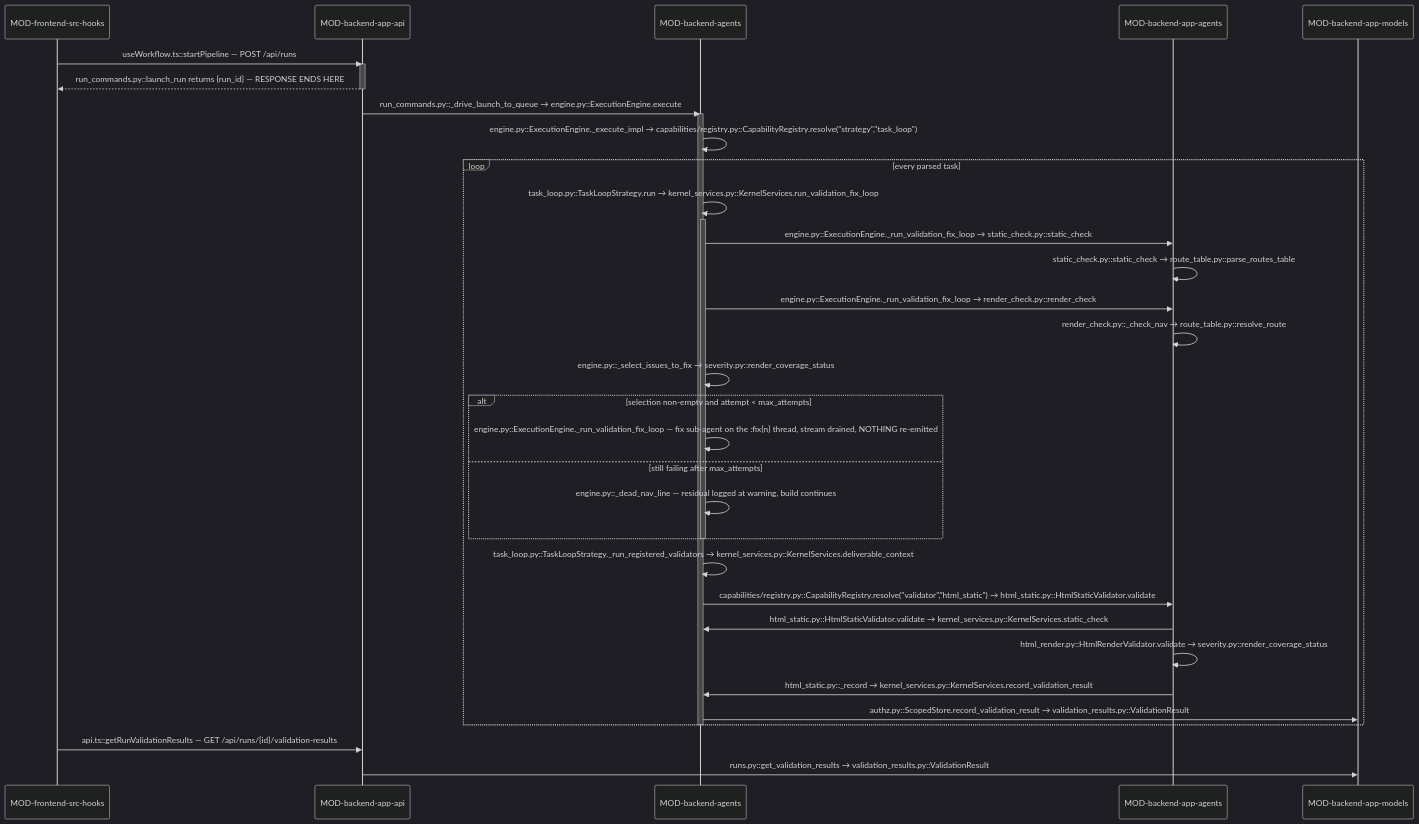
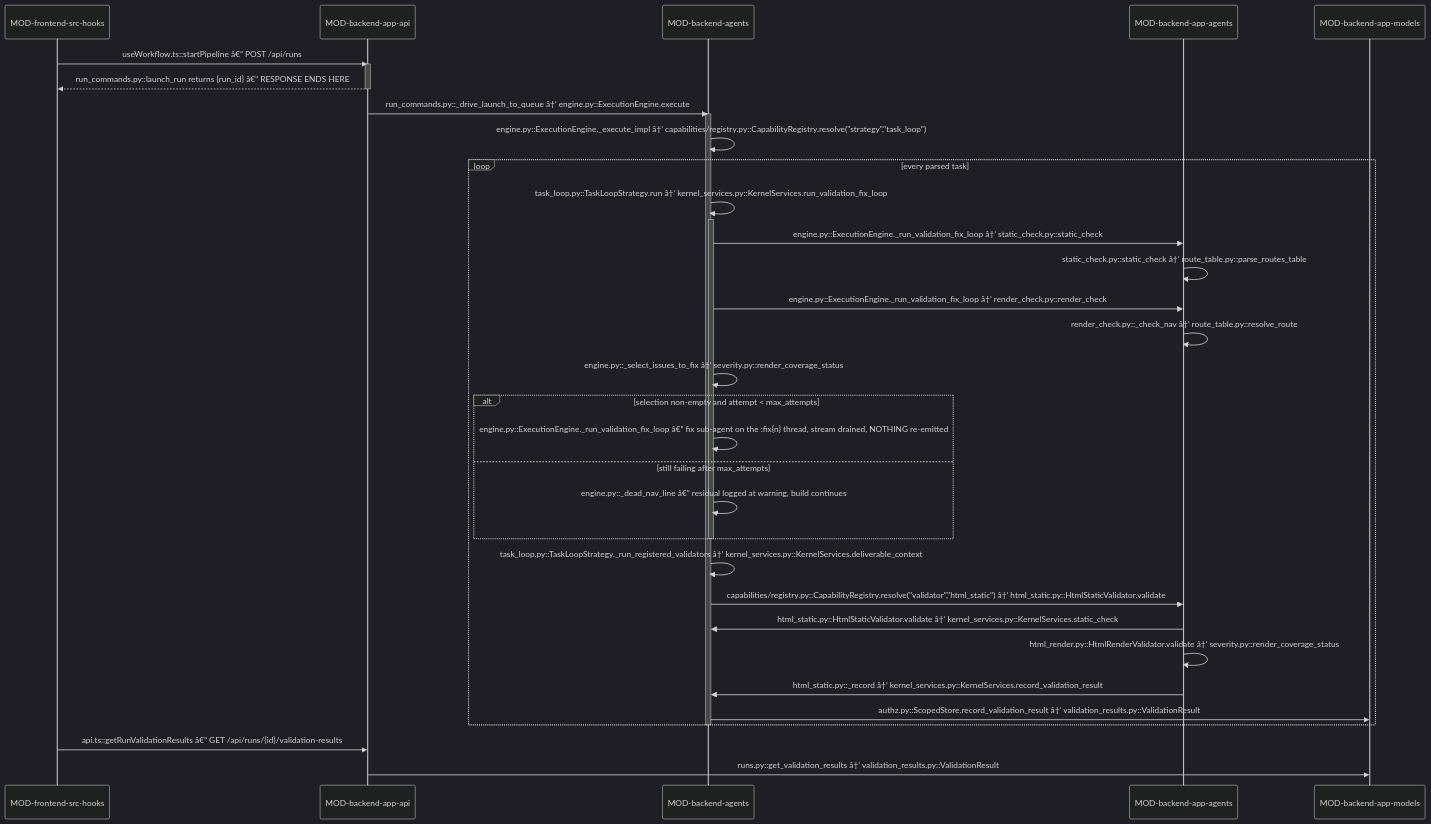
The second of 2 diagrams in .knowledge/architecture/DOMAIN-validation-and-quality.md (prateek-sinha7/IdeaFlowAI), drawn with Mermaid (dark theme) before and after one commit. The commit also changed other lines of this file and 791 other files, not shown here.

````diff
--- a/.knowledge/architecture/DOMAIN-validation-and-quality.md
+++ b/.knowledge/architecture/DOMAIN-validation-and-quality.md
@@ -201,42 +201,42 @@
 ```mermaid
 sequenceDiagram
     participant MOD-frontend-src-hooks
     participant MOD-backend-app-api
     participant MOD-backend-agents
     participant MOD-backend-app-agents
     participant MOD-backend-app-models
 
-    MOD-frontend-src-hooks->>MOD-backend-app-api: useWorkflow.ts::startPipeline — POST /api/runs
+    MOD-frontend-src-hooks->>MOD-backend-app-api: useWorkflow.ts::startPipeline â€” POST /api/runs
     activate MOD-backend-app-api
-    MOD-backend-app-api-->>MOD-frontend-src-hooks: run_commands.py::launch_run returns {run_id} — RESPONSE ENDS HERE
+    MOD-backend-app-api-->>MOD-frontend-src-hooks: run_commands.py::launch_run returns {run_id} â€” RESPONSE ENDS HERE
     deactivate MOD-backend-app-api
 
-    MOD-backend-app-api->>MOD-backend-agents: run_commands.py::_drive_launch_to_queue → engine.py::ExecutionEngine.execute
+    MOD-backend-app-api->>MOD-backend-agents: run_commands.py::_drive_launch_to_queue â†’ engine.py::ExecutionEngine.execute
     activate MOD-backend-agents
-    MOD-backend-agents->>MOD-backend-agents: engine.py::ExecutionEngine._execute_impl → capabilities/registry.py::CapabilityRegistry.resolve("strategy","task_loop")
+    MOD-backend-agents->>MOD-backend-agents: engine.py::ExecutionEngine._execute_impl â†’ capabilities/registry.py::CapabilityRegistry.resolve("strategy","task_loop")
     loop every parsed task
-        MOD-backend-agents->>MOD-backend-agents: task_loop.py::TaskLoopStrategy.run → kernel_services.py::KernelServices.run_validation_fix_loop
+        MOD-backend-agents->>MOD-backend-agents: task_loop.py::TaskLoopStrategy.run â†’ kernel_services.py::KernelServices.run_validation_fix_loop
         activate MOD-backend-agents
-        MOD-backend-agents->>MOD-backend-app-agents: engine.py::ExecutionEngine._run_validation_fix_loop → static_check.py::static_check
-        MOD-backend-app-agents->>MOD-backend-app-agents: static_check.py::static_check → route_table.py::parse_routes_table
-        MOD-backend-agents->>MOD-backend-app-agents: engine.py::ExecutionEngine._run_validation_fix_loop → render_check.py::render_check
-        MOD-backend-app-agents->>MOD-backend-app-agents: render_check.py::_check_nav → route_table.py::resolve_route
-        MOD-backend-agents->>MOD-backend-agents: engine.py::_select_issues_to_fix → severity.py::render_coverage_status
+        MOD-backend-agents->>MOD-backend-app-agents: engine.py::ExecutionEngine._run_validation_fix_loop â†’ static_check.py::static_check
+        MOD-backend-app-agents->>MOD-backend-app-agents: static_check.py::static_check â†’ route_table.py::parse_routes_table
+        MOD-backend-agents->>MOD-backend-app-agents: engine.py::ExecutionEngine._run_validation_fix_loop â†’ render_check.py::render_check
+        MOD-backend-app-agents->>MOD-backend-app-agents: render_check.py::_check_nav â†’ route_table.py::resolve_route
+        MOD-backend-agents->>MOD-backend-agents: engine.py::_select_issues_to_fix â†’ severity.py::render_coverage_status
         alt selection non-empty and attempt < max_attempts
-            MOD-backend-agents->>MOD-backend-agents: engine.py::ExecutionEngine._run_validation_fix_loop — fix sub-agent on the :fix{n} thread, stream drained, NOTHING re-emitted
+            MOD-backend-agents->>MOD-backend-agents: engine.py::ExecutionEngine._run_validation_fix_loop â€” fix sub-agent on the :fix{n} thread, stream drained, NOTHING re-emitted
         else still failing after max_attempts
-            MOD-backend-agents->>MOD-backend-agents: engine.py::_dead_nav_line — residual logged at warning, build continues
+            MOD-backend-agents->>MOD-backend-agents: engine.py::_dead_nav_line â€” residual logged at warning, build continues
         end
         deactivate MOD-backend-agents
-        MOD-backend-agents->>MOD-backend-agents: task_loop.py::TaskLoopStrategy._run_registered_validators → kernel_services.py::KernelServices.deliverable_context
-        MOD-backend-agents->>MOD-backend-app-agents: capabilities/registry.py::CapabilityRegistry.resolve("validator","html_static") → html_static.py::HtmlStaticValidator.validate
-        MOD-backend-app-agents->>MOD-backend-agents: html_static.py::HtmlStaticValidator.validate → kernel_services.py::KernelServices.static_check
-        MOD-backend-app-agents->>MOD-backend-app-agents: html_render.py::HtmlRenderValidator.validate → severity.py::render_coverage_status
-        MOD-backend-app-agents->>MOD-backend-agents: html_static.py::_record → kernel_services.py::KernelServices.record_validation_result
-        MOD-backend-agents->>MOD-backend-app-models: authz.py::ScopedStore.record_validation_result → validation_results.py::ValidationResult
+        MOD-backend-agents->>MOD-backend-agents: task_loop.py::TaskLoopStrategy._run_registered_validators â†’ kernel_services.py::KernelServices.deliverable_context
+        MOD-backend-agents->>MOD-backend-app-agents: capabilities/registry.py::CapabilityRegistry.resolve("validator","html_static") â†’ html_static.py::HtmlStaticValidator.validate
+        MOD-backend-app-agents->>MOD-backend-agents: html_static.py::HtmlStaticValidator.validate â†’ kernel_services.py::KernelServices.static_check
+        MOD-backend-app-agents->>MOD-backend-app-agents: html_render.py::HtmlRenderValidator.validate â†’ severity.py::render_coverage_status
+        MOD-backend-app-agents->>MOD-backend-agents: html_static.py::_record â†’ kernel_services.py::KernelServices.record_validation_result
+        MOD-backend-agents->>MOD-backend-app-models: authz.py::ScopedStore.record_validation_result â†’ validation_results.py::ValidationResult
     end
     deactivate MOD-backend-agents
 
-    MOD-frontend-src-hooks->>MOD-backend-app-api: api.ts::getRunValidationResults — GET /api/runs/{id}/validation-results
-    MOD-backend-app-api->>MOD-backend-app-models: runs.py::get_validation_results → validation_results.py::ValidationResult
+    MOD-frontend-src-hooks->>MOD-backend-app-api: api.ts::getRunValidationResults â€” GET /api/runs/{id}/validation-results
+    MOD-backend-app-api->>MOD-backend-app-models: runs.py::get_validation_results â†’ validation_results.py::ValidationResult
 ```
````
